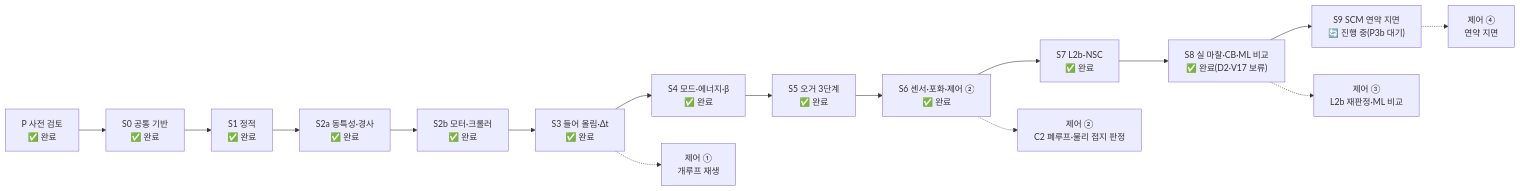
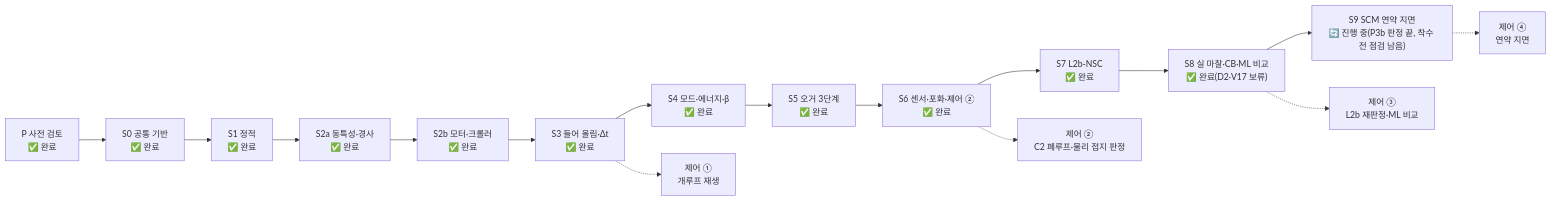
Before and after one commit to jinbeomjeong/outrigger_control: the diagram in 00_docs/00_roadmap.md, drawn with Mermaid. The commit also changed other lines of this file and 40 other files, not shown here.

````diff
--- a/00_docs/00_roadmap.md
+++ b/00_docs/00_roadmap.md
@@ -20,10 +20,10 @@
 ```mermaid
 flowchart LR
     P["P 사전 검토<br/>✅ 완료"] --> S0["S0 공통 기반<br/>✅ 완료"]
     S0 --> S1["S1 정적<br/>✅ 완료"] --> S2a["S2a 동특성·경사<br/>✅ 완료"] --> S2b["S2b 모터·크롤러<br/>✅ 완료"] --> S3["S3 들어 올림·Δt<br/>✅ 완료"] --> S4["S4 모드·에너지·β<br/>✅ 완료"] --> S5["S5 오거 3단계<br/>✅ 완료"] --> S6["S6 센서·포화·제어 ②<br/>✅ 완료"]
-    S6 --> S7["S7 L2b-NSC<br/>✅ 완료"] --> S8["S8 실 마찰·CB·ML 비교<br/>✅ 완료(D2·V17 보류)"] --> S9["S9 SCM 연약 지면<br/>🔄 진행 중(P3b 대기)"]
+    S6 --> S7["S7 L2b-NSC<br/>✅ 완료"] --> S8["S8 실 마찰·CB·ML 비교<br/>✅ 완료(D2·V17 보류)"] --> S9["S9 SCM 연약 지면<br/>🔄 진행 중(P3b 판정 끝, 착수 전 점검 남음)"]
     S3 -.-> C1["제어 ①<br/>개루프 재생"]
     S6 -.-> C2["제어 ②<br/>C2 폐루프·물리 접지 판정"]
     S8 -.-> C3["제어 ③<br/>L2b 재판정·ML 비교"]
     S9 -.-> C4["제어 ④<br/>연약 지면"]
 ```
````
